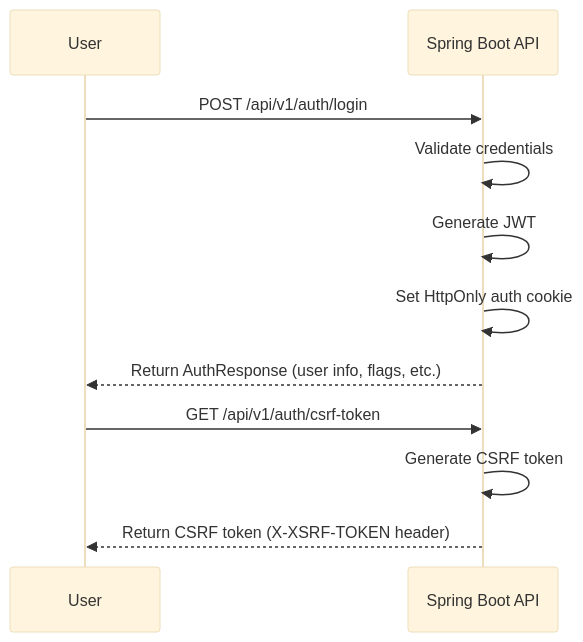
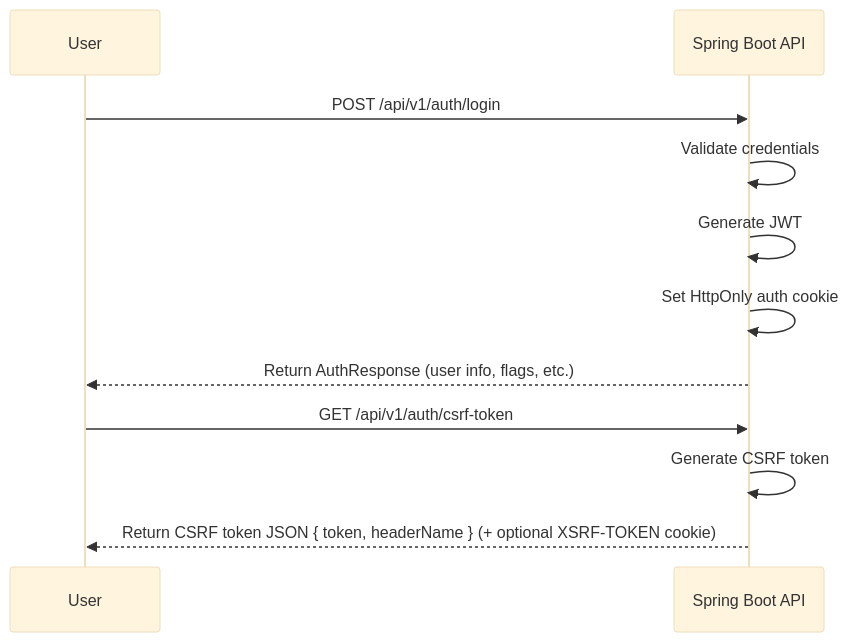
Before and after one commit to kattelsameer/finance-tracker: the third of 6 diagrams in docs/architecture/ARCHITECTURE.md, drawn with Mermaid (base theme).

Commit message:
Potential fix for pull request finding

````diff
--- a/docs/architecture/ARCHITECTURE.md
+++ b/docs/architecture/ARCHITECTURE.md
@@ -478,13 +478,13 @@
    ```mermaid
    sequenceDiagram
        participant U as User
        participant API as Spring Boot API
        U->>API: POST /api/v1/auth/login
        API->>API: Validate credentials
        API->>API: Generate JWT
        API->>API: Set HttpOnly auth cookie
        API-->>U: Return AuthResponse (user info, flags, etc.)
        U->>API: GET /api/v1/auth/csrf-token
        API->>API: Generate CSRF token
-       API-->>U: Return CSRF token (X-XSRF-TOKEN header)
+       API-->>U: Return CSRF token JSON { token, headerName } (+ optional XSRF-TOKEN cookie)
    ```
````
